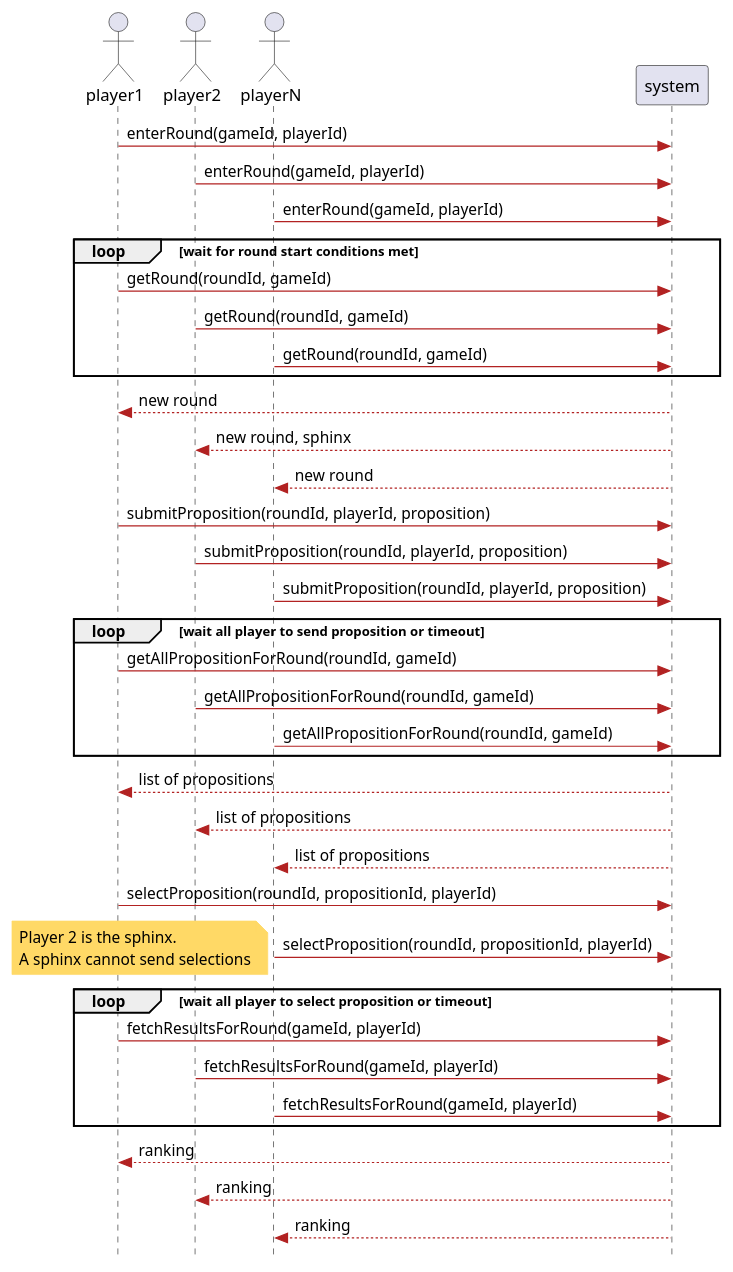
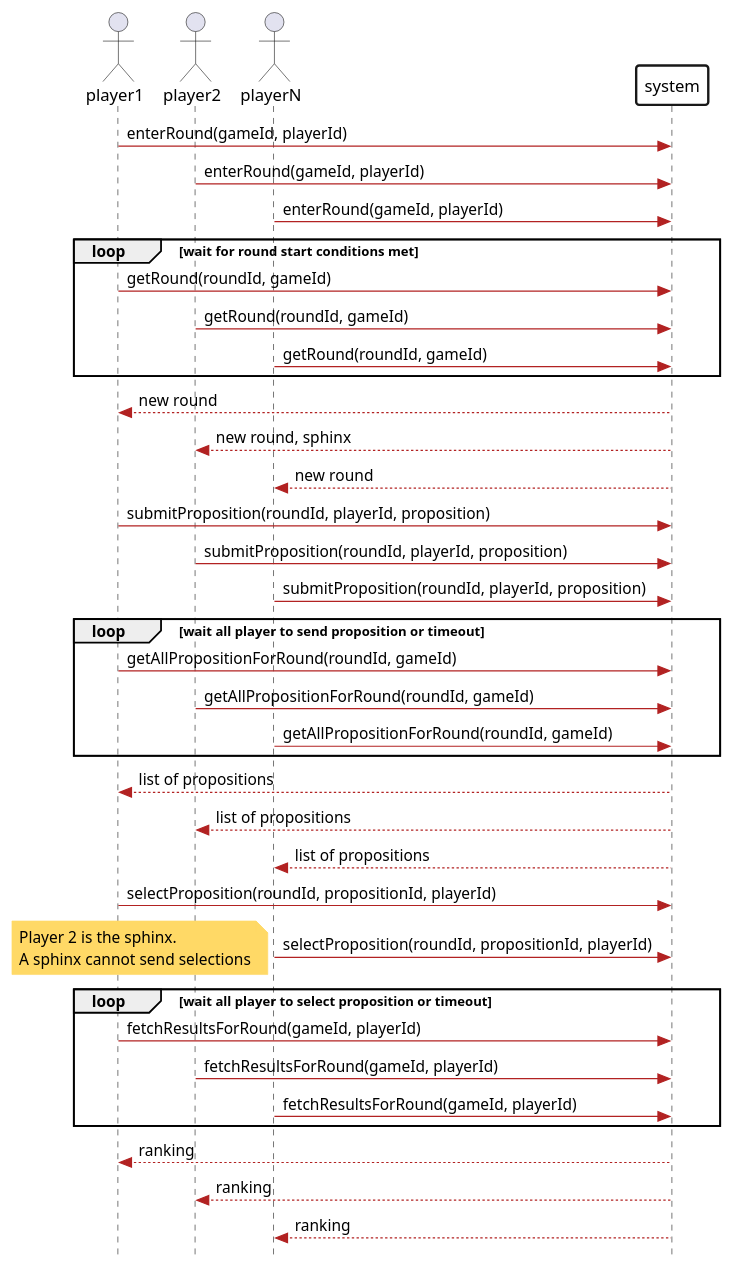
One commit to patrickwinti/worldwidewalter changed the diagram in docs/diagrams/SSD_play_round.plantuml. Above: the diagram before and after it, drawn with PlantUML. The commit also changed 8 other files, not shown here.

Commit message:
[WWW-59] sequence and dcd

```diff
--- a/docs/diagrams/SSD_play_round.plantuml
+++ b/docs/diagrams/SSD_play_round.plantuml
@@ -1,65 +1,69 @@
 @startuml
 skinparam sequence {
     BackgroundColor white
     BorderColor Black
     ArrowColor Firebrick
     BorderThickness 2
 }
 skinparam Note{
     BorderColor #FFD966
     BackgroundColor #FFD966
+}
+skinparam participant {
+    BackgroundColor white
+    BorderThickness 2
 }
 skinparam responseMessageBelowArrow true
 skinparam style strictuml
 
 actor       player1
 actor       player2
 actor       playerN
 
 
  player1 -> system: enterRound(gameId, playerId)
  player2 -> system: enterRound(gameId, playerId)
  playerN -> system: enterRound(gameId, playerId)
 
  loop wait for round start conditions met
      player1 -> system : getRound(roundId, gameId)
      player2 -> system : getRound(roundId, gameId)
      playerN -> system : getRound(roundId, gameId)
  end
 
  system --> player1: new round
  system --> player2: new round, sphinx
  system --> playerN: new round
 
  player1 -> system: submitProposition(roundId, playerId, proposition)
  player2 -> system: submitProposition(roundId, playerId, proposition)
  playerN -> system: submitProposition(roundId, playerId, proposition)
 
  loop wait all player to send proposition or timeout
      player1 -> system : getAllPropositionForRound(roundId, gameId)
      player2 -> system : getAllPropositionForRound(roundId, gameId)
      playerN -> system : getAllPropositionForRound(roundId, gameId)
  end
 
  system --> player1: list of propositions
  system --> player2: list of propositions
  system --> playerN: list of propositions
 
  player1 -> system: selectProposition(roundId, propositionId, playerId)
  playerN -> system: selectProposition(roundId, propositionId, playerId)
  note left
    Player 2 is the sphinx.
    A sphinx cannot send selections
  end note
 
  loop wait all player to select proposition or timeout
      player1 -> system : fetchResultsForRound(gameId, playerId)
      player2 -> system : fetchResultsForRound(gameId, playerId)
      playerN -> system : fetchResultsForRound(gameId, playerId)
  end
 
  system --> player1: ranking
  system --> player2: ranking
  system --> playerN: ranking
 
 @enduml
```
